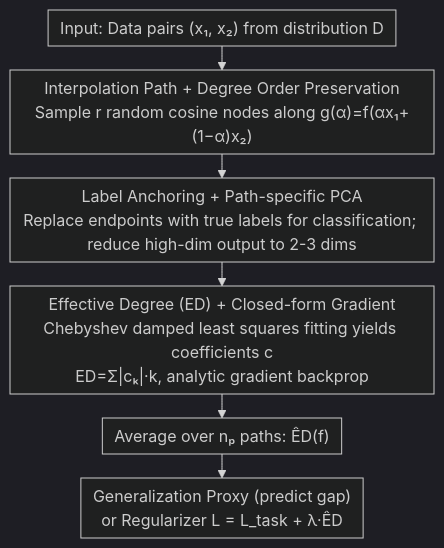
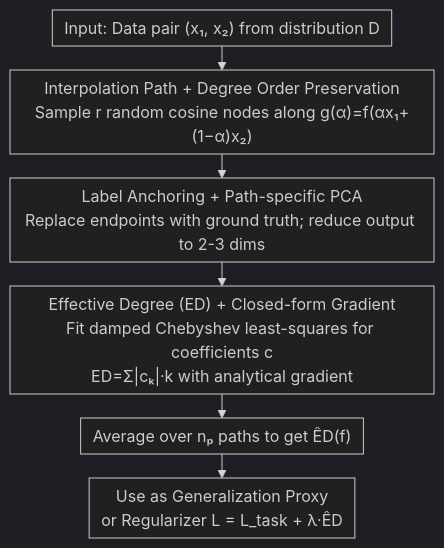
The diagram in docs/ICML2026/reinforcement_learning/quantifying_and_optimizing_simplicity_via_polynomial_representations.md (zhaoyang97/Paper-Notes-en), drawn with Mermaid (dark theme) before and after one commit. The commit also changed other lines of this file and 5084 other files, not shown here.

````diff
--- a/docs/ICML2026/reinforcement_learning/quantifying_and_optimizing_simplicity_via_polynomial_representations.md
+++ b/docs/ICML2026/reinforcement_learning/quantifying_and_optimizing_simplicity_via_polynomial_representations.md
@@ -56,11 +56,11 @@
 ```mermaid
 %%{init: {'flowchart': {'rankSpacing': 24, 'nodeSpacing': 28, 'padding': 6, 'wrappingWidth': 400}}}%%
 flowchart TD
-    IN["Input: Data pairs (x₁, x₂) from distribution D"]
+    IN["Input: Data pair (x₁, x₂) from distribution D"]
     D1["Interpolation Path + Degree Order Preservation<br/>Sample r random cosine nodes along g(α)=f(αx₁+(1−α)x₂)"]
-    D2["Label Anchoring + Path-specific PCA<br/>Replace endpoints with true labels for classification; reduce high-dim output to 2-3 dims"]
-    D3["Effective Degree (ED) + Closed-form Gradient<br/>Chebyshev damped least squares fitting yields coefficients c<br/>ED=Σ|cₖ|·k, analytic gradient backprop"]
-    AVG["Average over nₚ paths: ÊD(f)"]
-    OUT["Generalization Proxy (predict gap)<br/>or Regularizer L = L_task + λ·ÊD"]
+    D2["Label Anchoring + Path-specific PCA<br/>Replace endpoints with ground truth; reduce output to 2-3 dims"]
+    D3["Effective Degree (ED) + Closed-form Gradient<br/>Fit damped Chebyshev least-squares for coefficients c<br/>ED=Σ|cₖ|·k with analytical gradient"]
+    AVG["Average over nₚ paths to get ÊD(f)"]
+    OUT["Use as Generalization Proxy<br/>or Regularizer L = L_task + λ·ÊD"]
     IN --> D1 --> D2 --> D3 --> AVG --> OUT
 ```
````
